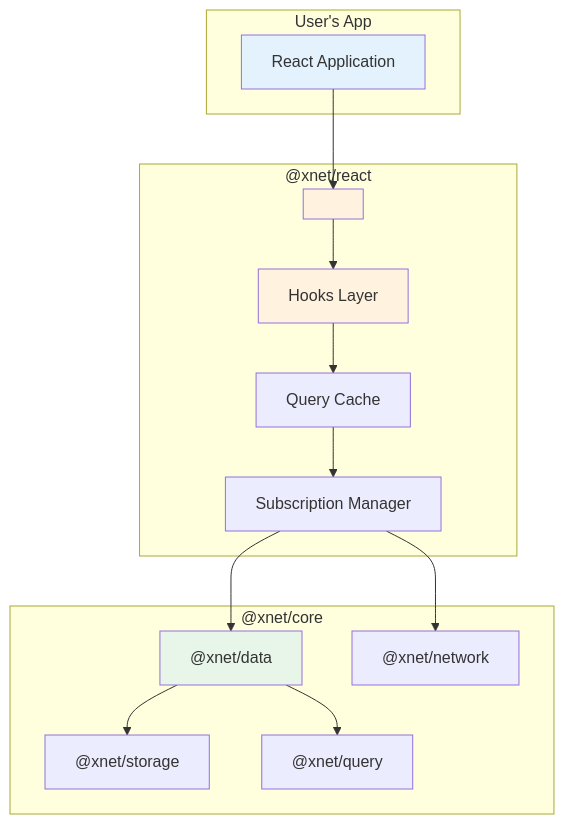
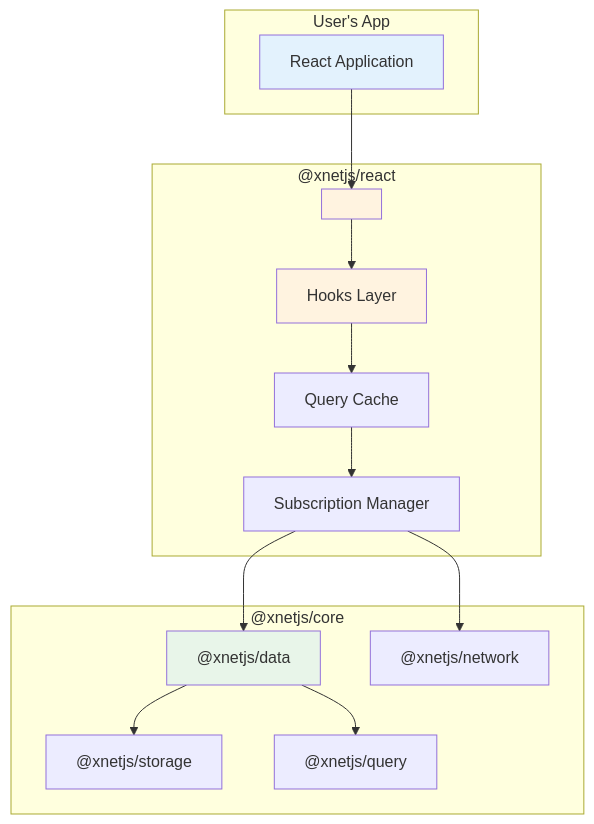
Before and after one commit to crs48/xNet: the first of 3 diagrams in docs/plans/plan00Setup/12-react-integration.md, drawn with Mermaid. The commit also changed other lines of this file and 980 other files, not shown here.

````diff
--- a/docs/plans/plan00Setup/12-react-integration.md
+++ b/docs/plans/plan00Setup/12-react-integration.md
@@ -66,34 +66,34 @@
 ```mermaid
 graph TB
     subgraph "User's App"
         APP[React Application]
     end
 
-    subgraph "@xnet/react"
+    subgraph "@xnetjs/react"
         PROVIDER["<XNetProvider>"]
         HOOKS[Hooks Layer]
         CACHE[Query Cache]
         SUBS[Subscription Manager]
     end
 
-    subgraph "@xnet/core"
-        DATA["@xnet/data"]
-        NETWORK["@xnet/network"]
-        STORAGE["@xnet/storage"]
-        QUERY["@xnet/query"]
+    subgraph "@xnetjs/core"
+        DATA["@xnetjs/data"]
+        NETWORK["@xnetjs/network"]
+        STORAGE["@xnetjs/storage"]
+        QUERY["@xnetjs/query"]
     end
 
     APP --> PROVIDER
     PROVIDER --> HOOKS
     HOOKS --> CACHE
     CACHE --> SUBS
     SUBS --> DATA
     SUBS --> NETWORK
     DATA --> STORAGE
     DATA --> QUERY
 
     style APP fill:#e3f2fd
     style PROVIDER fill:#fff3e0
     style HOOKS fill:#fff3e0
     style DATA fill:#e8f5e9
 ```
````
